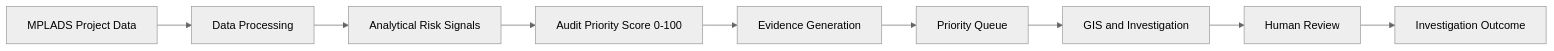
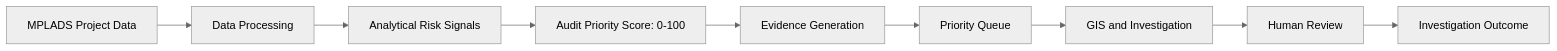
One commit to the-nidhi-bhat/mplads-sentinel changed the first of 17 diagrams in README.md. Above: the diagram before and after it, drawn with Mermaid (neutral theme). The commit also changed other lines of this file, not shown here.

````diff
--- a/README.md
+++ b/README.md
@@ -59,11 +59,11 @@
 ```mermaid
 flowchart LR
     A["MPLADS Project Data"] --> B["Data Processing"]
     B --> C["Analytical Risk Signals"]
-    C --> D["Audit Priority Score 0-100"]
+    C --> D["Audit Priority Score: 0-100"]
     D --> E["Evidence Generation"]
     E --> F["Priority Queue"]
     F --> G["GIS and Investigation"]
     G --> H["Human Review"]
     H --> I["Investigation Outcome"]
 ```
````
